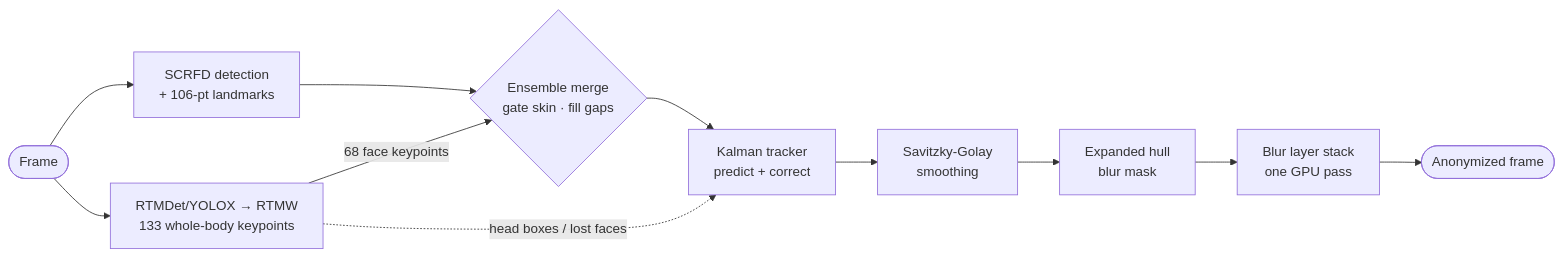
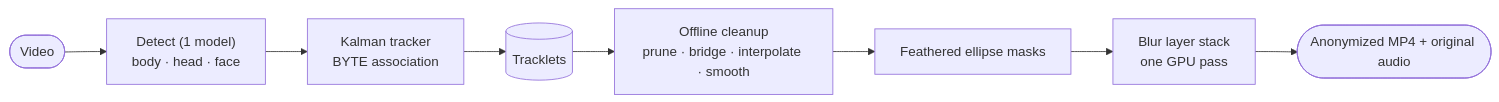
One commit to kabir0st/automated-video-privacy-pipeline changed the diagram in README.md. Above: the diagram before and after it, drawn with Mermaid. The commit also changed other lines of this file and 17 other files, not shown here.

First line of the commit message:
refactor: remove legacy 3-model stack; trim deps; bundle detector in exe

````diff
--- a/README.md
+++ b/README.md
@@ -50,13 +58,10 @@
 ```mermaid
 flowchart LR
-    A([Frame]) --> B[SCRFD detection<br/>+ 106-pt landmarks]
-    A --> P[RTMDet/YOLOX → RTMW<br/>133 whole-body keypoints]
-    B --> M{Ensemble merge<br/>gate skin · fill gaps}
-    P -- 68 face keypoints --> M
-    M --> C[Kalman tracker<br/>predict + correct]
-    P -. head boxes / lost faces .-> C
-    C --> D[Savitzky-Golay<br/>smoothing]
-    D --> E[Expanded hull<br/>blur mask]
-    E --> F[Blur layer stack<br/>one GPU pass]
-    F --> G([Anonymized frame])
+    A([Video]) --> B["Detect (1 model)<br/>body · head · face"]
+    B --> C[Kalman tracker<br/>BYTE association]
+    C --> D[("Tracklets")]
+    D --> E["Offline cleanup<br/>prune · bridge · interpolate · smooth"]
+    E --> F[Feathered ellipse masks]
+    F --> G[Blur layer stack<br/>one GPU pass]
+    G --> H([Anonymized MP4 + original audio])
 ```
````
